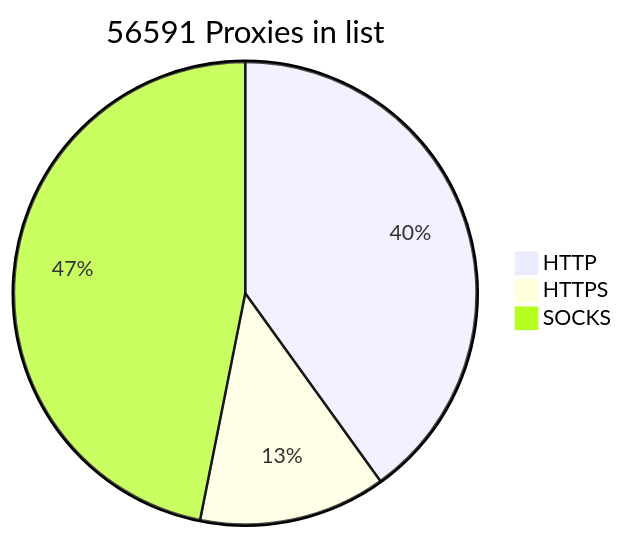
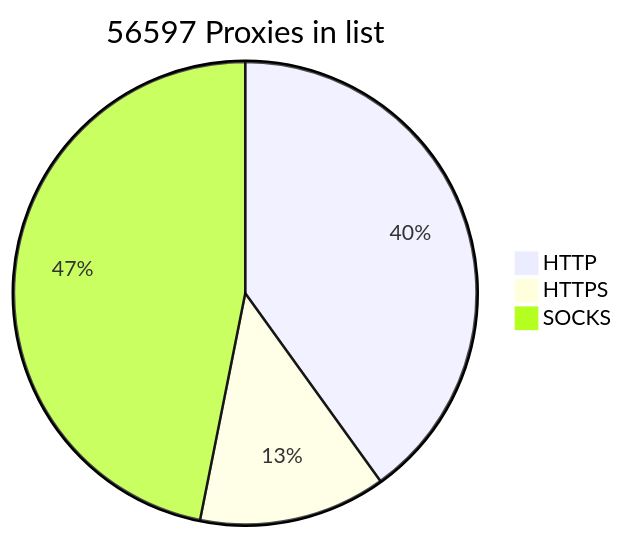
The diagram in README.md (BlackSnowDot/proxylist-update-every-minute), drawn with Mermaid before and after one commit.

````diff
--- a/README.md
+++ b/README.md
@@ -2,6 +2,6 @@
 ```mermaid
-pie title 56591 Proxies in list
-    "HTTP" : 25478
-    "HTTPS": 8305
-    "SOCKS" : 29801
+pie title 56597 Proxies in list
+    "HTTP" : 25480
+    "HTTPS": 8307
+    "SOCKS" : 29802
 ```
````
